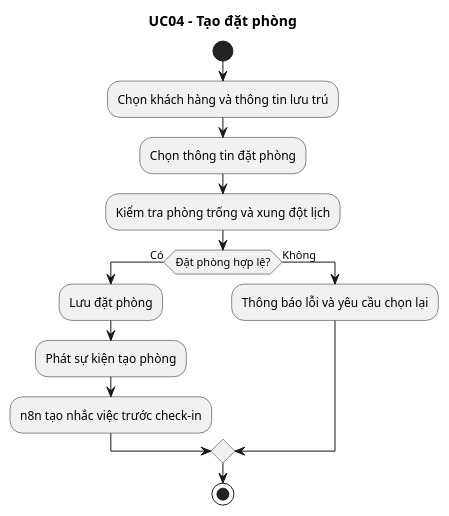
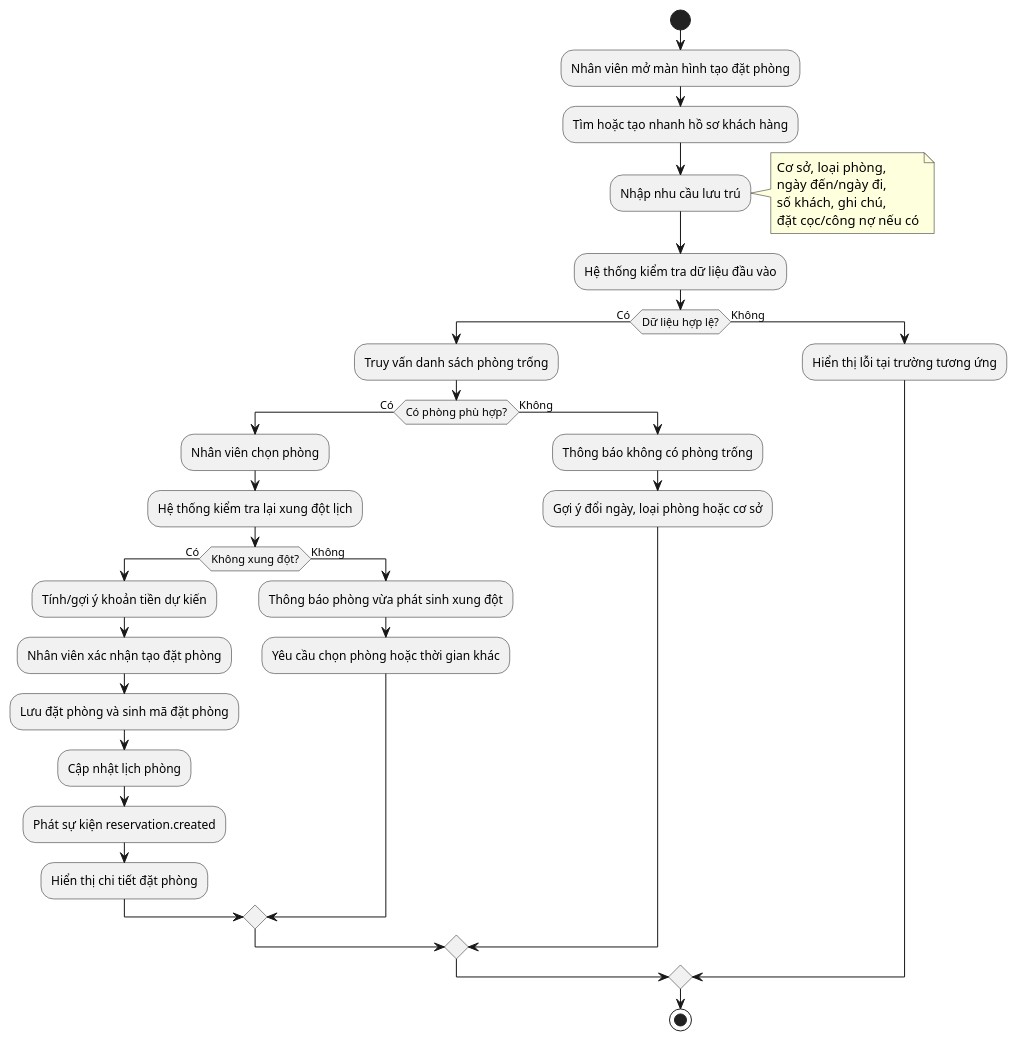
Before and after one commit to Dinhpham04/DA-KLTN_HOTEL_MANAGEMENT: the diagram in docs/activity_diagram/uc04-create-reservation.puml, drawn with PlantUML. The commit also changed 92 other files, not shown here.

```diff
--- a/docs/activity_diagram/uc04-create-reservation.puml
+++ b/docs/activity_diagram/uc04-create-reservation.puml
@@ -1,15 +1,41 @@
 @startuml uc04_create_reservation
-title UC04 - Tạo đặt phòng
 start
-:Chọn khách hàng và thông tin lưu trú;
-:Chọn thông tin đặt phòng;
-:Kiểm tra phòng trống và xung đột lịch;
-if (Đặt phòng hợp lệ?) then (Có)
-  :Lưu đặt phòng;
-  :Phát sự kiện tạo phòng;
-  :n8n tạo nhắc việc trước check-in;
+
+:Nhân viên mở màn hình tạo đặt phòng;
+:Tìm hoặc tạo nhanh hồ sơ khách hàng;
+:Nhập nhu cầu lưu trú;
+note right
+  Cơ sở, loại phòng,
+  ngày đến/ngày đi,
+  số khách, ghi chú,
+  đặt cọc/công nợ nếu có
+end note
+
+:Hệ thống kiểm tra dữ liệu đầu vào;
+
+if (Dữ liệu hợp lệ?) then (Có)
+  :Truy vấn danh sách phòng trống;
+  if (Có phòng phù hợp?) then (Có)
+    :Nhân viên chọn phòng;
+    :Hệ thống kiểm tra lại xung đột lịch;
+    if (Không xung đột?) then (Có)
+      :Tính/gợi ý khoản tiền dự kiến;
+      :Nhân viên xác nhận tạo đặt phòng;
+      :Lưu đặt phòng và sinh mã đặt phòng;
+      :Cập nhật lịch phòng;
+      :Phát sự kiện reservation.created;
+      :Hiển thị chi tiết đặt phòng;
+    else (Không)
+      :Thông báo phòng vừa phát sinh xung đột;
+      :Yêu cầu chọn phòng hoặc thời gian khác;
+    endif
+  else (Không)
+    :Thông báo không có phòng trống;
+    :Gợi ý đổi ngày, loại phòng hoặc cơ sở;
+  endif
 else (Không)
-  :Thông báo lỗi và yêu cầu chọn lại;
+  :Hiển thị lỗi tại trường tương ứng;
 endif
+
 stop
 @enduml
```
